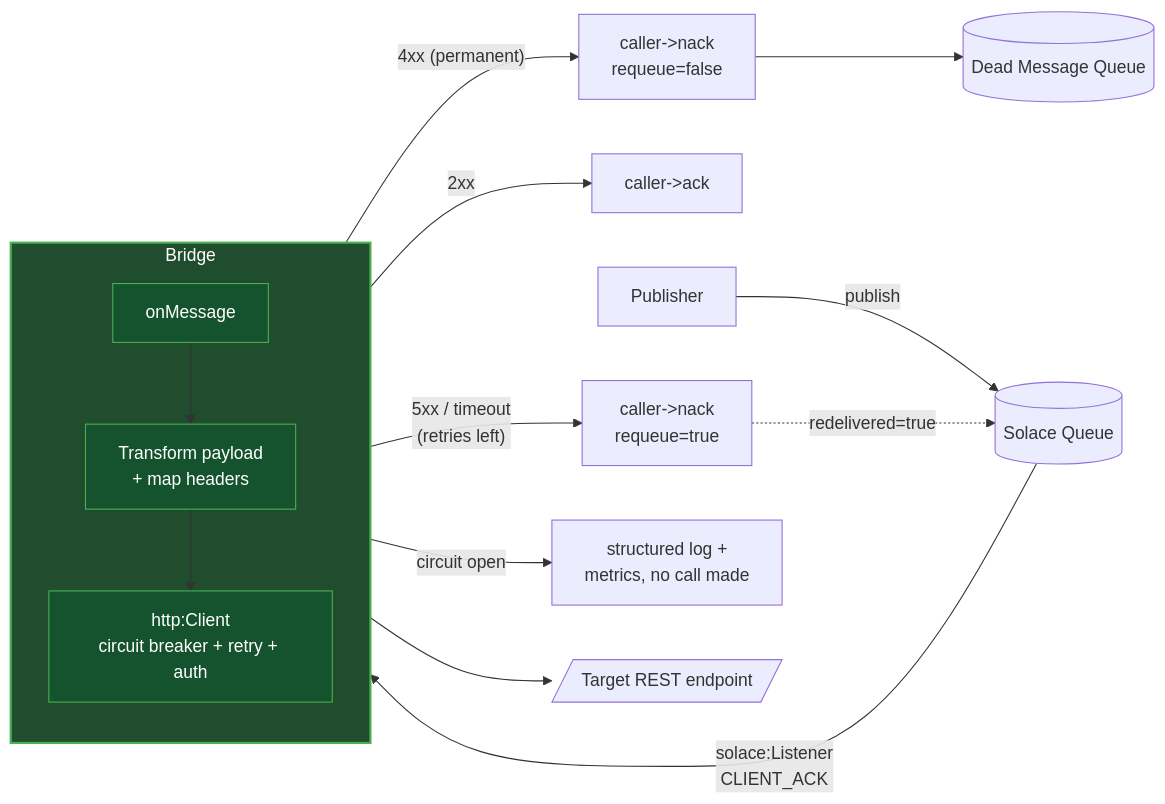
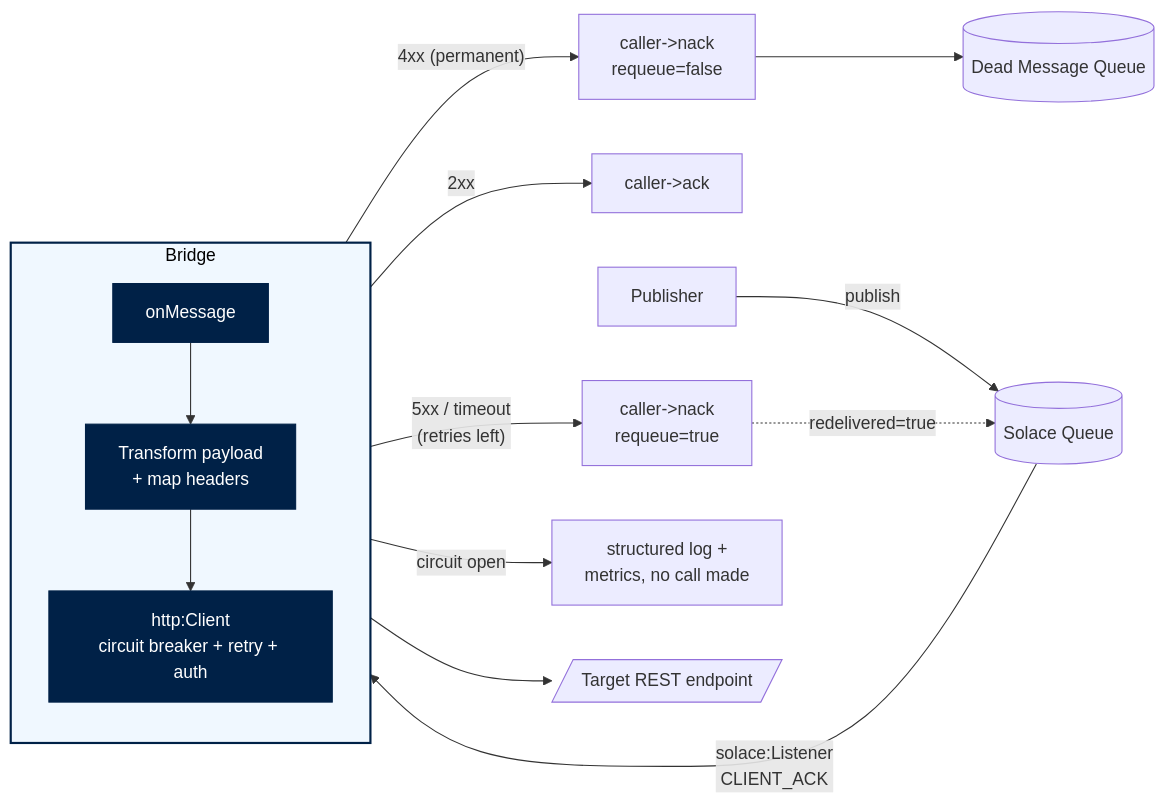
Before and after one commit to seyyatech/solace-rdp-bridge: the second of 3 diagrams in docs/architecture.md, drawn with Mermaid.

````diff
--- a/docs/architecture.md
+++ b/docs/architecture.md
@@ -27,25 +27,25 @@
 ```mermaid
 flowchart LR
     P[Publisher] -->|publish| Q[(Solace Queue)]
     Q -->|"solace:Listener\nCLIENT_ACK"| B[Bridge]
 
     subgraph B[Bridge]
         direction TB
         L["onMessage"] --> T["Transform payload\n+ map headers"]
         T --> HC["http:Client\ncircuit breaker + retry + auth"]
     end
 
     HC -->|2xx| ACK["caller-&gt;ack"]
     HC -->|"4xx (permanent)"| NACKD["caller-&gt;nack\nrequeue=false"]
     HC -->|"5xx / timeout\n(retries left)"| NACKR["caller-&gt;nack\nrequeue=true"]
     HC -->|circuit open| LOG["structured log +\nmetrics, no call made"]
 
     HC --> EP[/Target REST endpoint/]
     NACKD --> DMQ[(Dead Message Queue)]
     NACKR -.->|redelivered=true| Q
 
-    style B fill:#1f4d2e,stroke:#4caf50,stroke-width:2px,color:#ffffff
-    style L fill:#14532d,stroke:#4caf50,color:#ffffff
-    style T fill:#14532d,stroke:#4caf50,color:#ffffff
-    style HC fill:#14532d,stroke:#4caf50,color:#ffffff
+    style B fill:#F0F8FF,stroke:#002147,stroke-width:2px,color:#000000
+    style L fill:#002147,stroke:#002147,color:#ffffff
+    style T fill:#002147,stroke:#002147,color:#ffffff
+    style HC fill:#002147,stroke:#002147,color:#ffffff
 ```
````
